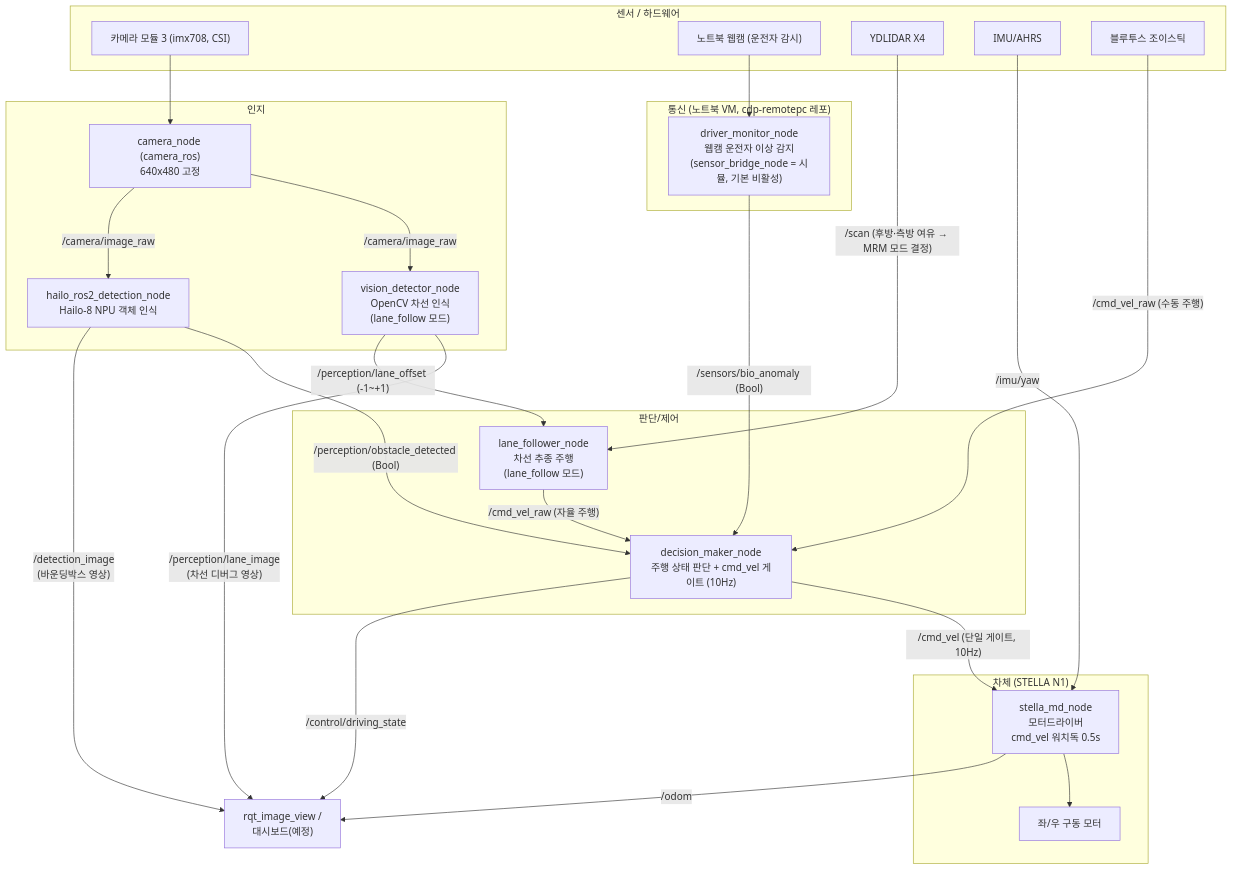
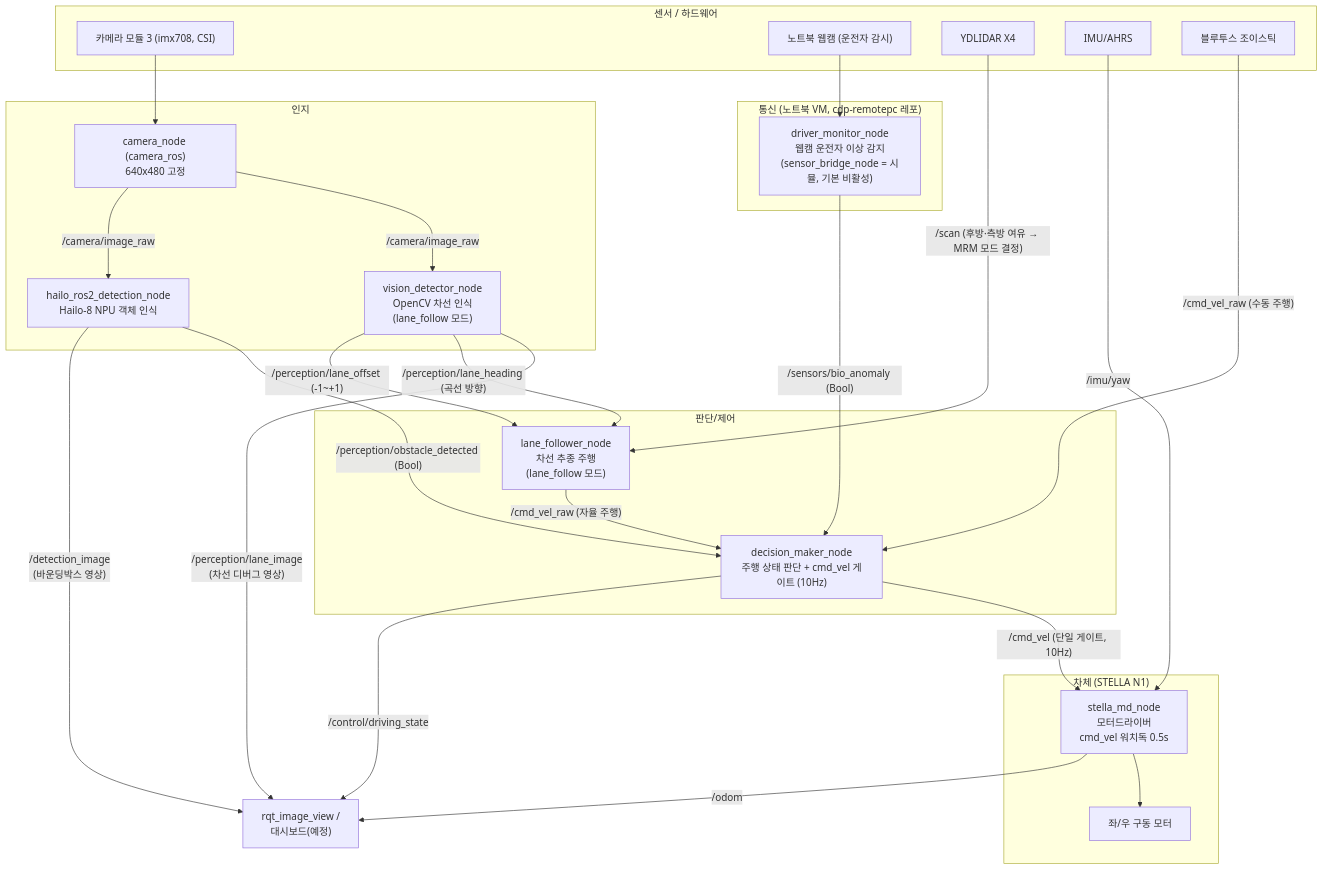
The first of 2 diagrams in docs/ARCHITECTURE.md (seungwp/2026_CDP), drawn with Mermaid before and after one commit. The commit also changed other lines of this file and 9 other files, not shown here.

````diff
--- a/docs/ARCHITECTURE.md
+++ b/docs/ARCHITECTURE.md
@@ -45,48 +45,49 @@
 ```mermaid
 flowchart TD
     subgraph HW["센서 / 하드웨어"]
         CAM["카메라 모듈 3 (imx708, CSI)"]
         BIOHW["노트북 웹캠 (운전자 감시)"]
         LIDAR["YDLIDAR X4"]
         IMU["IMU/AHRS"]
         JOY["블루투스 조이스틱"]
     end
 
     subgraph PERCEPTION["인지"]
         CAMNODE["camera_node (camera_ros)<br/>640x480 고정"]
         HAILO["hailo_ros2_detection_node<br/>Hailo-8 NPU 객체 인식"]
         VD["vision_detector_node<br/>OpenCV 차선 인식<br/>(lane_follow 모드)"]
     end
 
     subgraph COMMS["통신 (노트북 VM, cdp-remotepc 레포)"]
         BRIDGE["driver_monitor_node<br/>웹캠 운전자 이상 감지<br/>(sensor_bridge_node = 시뮬, 기본 비활성)"]
     end
 
     subgraph CONTROL["판단/제어"]
         DM["decision_maker_node<br/>주행 상태 판단 + cmd_vel 게이트 (10Hz)"]
         LF["lane_follower_node<br/>차선 추종 주행<br/>(lane_follow 모드)"]
     end
 
     subgraph BASE["차체 (STELLA N1)"]
         MD["stella_md_node<br/>모터드라이버<br/>cmd_vel 워치독 0.5s"]
         MOTOR["좌/우 구동 모터"]
     end
 
     CAM --> CAMNODE
     BIOHW --> BRIDGE
     CAMNODE -- "/camera/image_raw" --> HAILO
     HAILO -- "/detection_image<br/>(바운딩박스 영상)" --> VIEW["rqt_image_view /<br/>대시보드(예정)"]
     HAILO -- "/perception/obstacle_detected (Bool)" --> DM
     BRIDGE -- "/sensors/bio_anomaly (Bool)" --> DM
     DM -- "/control/driving_state" --> VIEW
     CAMNODE -- "/camera/image_raw" --> VD
     VD -- "/perception/lane_offset (-1~+1)" --> LF
+    VD -- "/perception/lane_heading (곡선 방향)" --> LF
     VD -- "/perception/lane_image<br/>(차선 디버그 영상)" --> VIEW
     LF -- "/cmd_vel_raw (자율 주행)" --> DM
     JOY -- "/cmd_vel_raw (수동 주행)" --> DM
     DM -- "/cmd_vel (단일 게이트, 10Hz)" --> MD
     LIDAR -- "/scan (후방·측방 여유 → MRM 모드 결정)" --> LF
     IMU -- "/imu/yaw" --> MD
     MD -- "/odom" --> VIEW
     MD --> MOTOR
 ```
````
